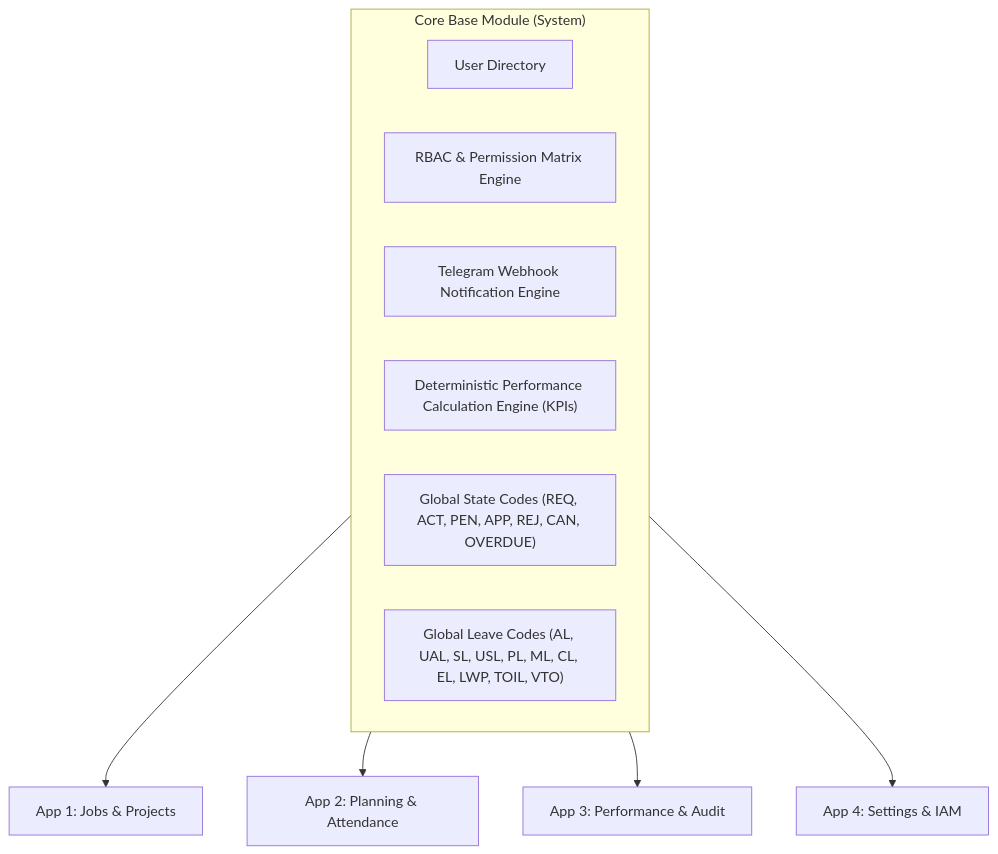
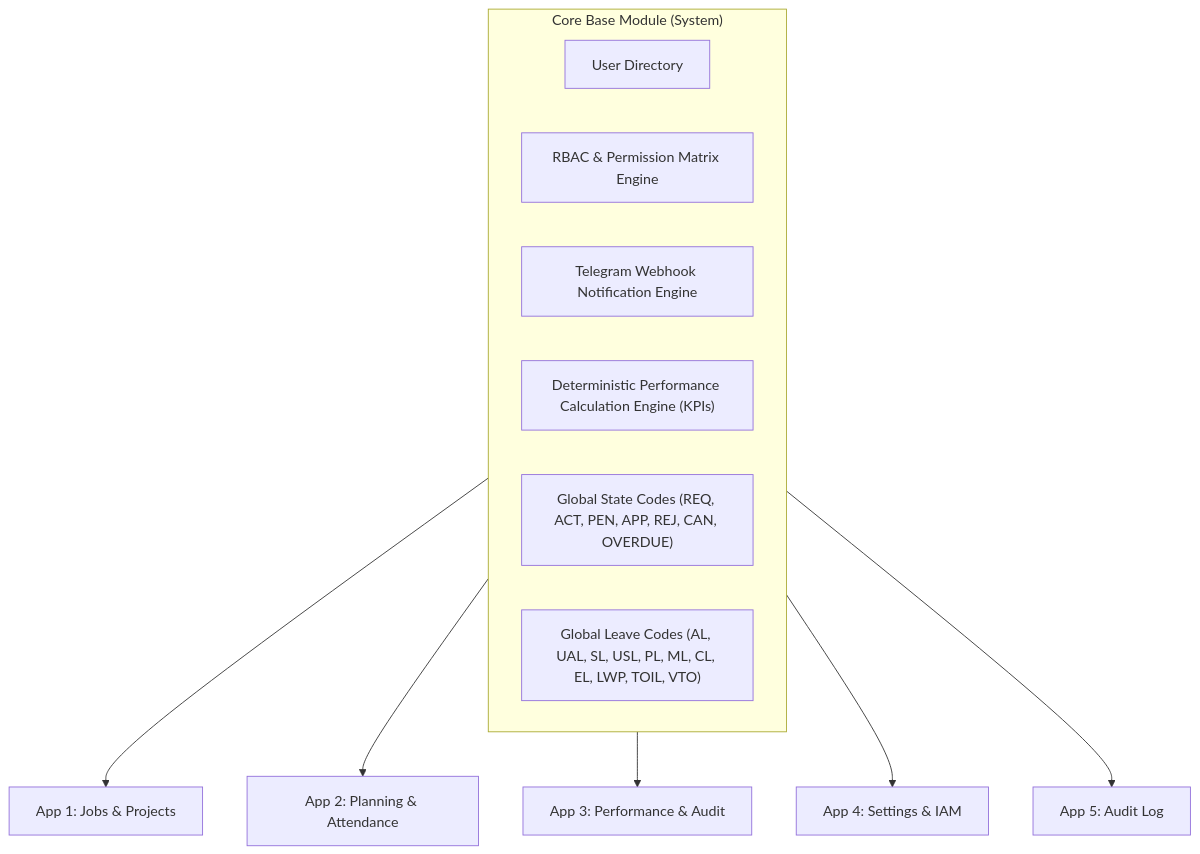
The first of 10 diagrams in SYSTEM_ARCHITECTURE_DIAGRAM.md (Lechcher/MES_project), drawn with Mermaid before and after one commit. The commit also changed other lines of this file and 18 other files, not shown here.

````diff
--- a/SYSTEM_ARCHITECTURE_DIAGRAM.md
+++ b/SYSTEM_ARCHITECTURE_DIAGRAM.md
@@ -25,21 +26,23 @@
 ```mermaid
 flowchart TD
     subgraph CORE["Core Base Module (System)"]
         UD["User Directory"]
         RBAC["RBAC & Permission Matrix Engine"]
         TG["Telegram Webhook Notification Engine"]
         KPI["Deterministic Performance Calculation Engine (KPIs)"]
         SC["Global State Codes (REQ, ACT, PEN, APP, REJ, CAN, OVERDUE)"]
         LC["Global Leave Codes (AL, UAL, SL, USL, PL, ML, CL, EL, LWP, TOIL, VTO)"]
     end
 
     J["App 1: Jobs & Projects"]
     P["App 2: Planning & Attendance"]
     F["App 3: Performance & Audit"]
     S["App 4: Settings & IAM"]
+    A["App 5: Audit Log"]
 
     CORE --> J
     CORE --> P
     CORE --> F
     CORE --> S
+    CORE --> A
 ```
````
